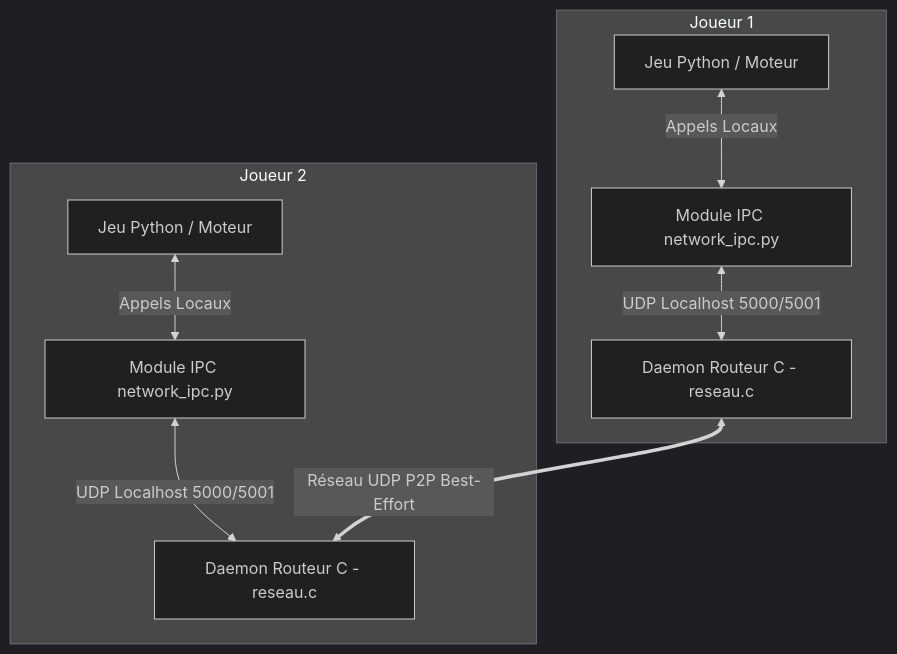
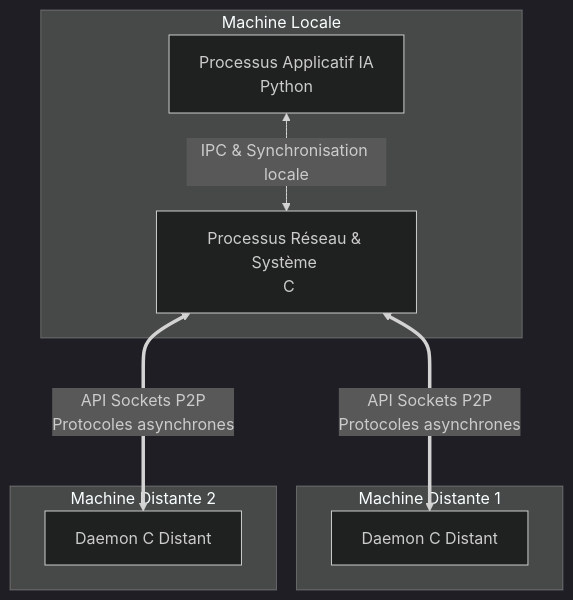
Before and after one commit to YOUSSEF4315/STI3A-Projet_reseaux_1: the first of 2 diagrams in README.md, drawn with Mermaid (dark theme). The commit also changed other lines of this file, not shown here.

Commit message:
docs: Rewrite README with system and network focus (Toinard)

````diff
--- a/README.md
+++ b/README.md
@@ -24,22 +20,20 @@
 ```mermaid
 graph TD
-    subgraph Machine A [Joueur 1]
-        PyA[Jeu Python / Moteur]
-        IPC_A[Module IPC network_ipc.py]
-        DaemonA[Daemon Routeur C - reseau.c]
-        
-        PyA <-->|Appels Locaux| IPC_A
-        IPC_A <-->|UDP Localhost 5000/5001| DaemonA
+    subgraph Machine Distante 1
+        DaemonDist1[Daemon C Distant]
+    end
+    
+    subgraph Machine Distante 2
+        DaemonDist2[Daemon C Distant]
     end
 
-    subgraph Machine B [Joueur 2]
-        PyB[Jeu Python / Moteur]
-        IPC_B[Module IPC network_ipc.py]
-        DaemonB[Daemon Routeur C - reseau.c]
+    subgraph Machine Locale
+        ProcPy[Processus Applicatif IA <br/> Python]
+        ProcC[Processus Réseau & Système <br/> C]
         
-        PyB <-->|Appels Locaux| IPC_B
-        IPC_B <-->|UDP Localhost 5000/5001| DaemonB
+        ProcPy <-->|IPC & Synchronisation locale| ProcC
     end
 
-    DaemonA <==>|Réseau UDP P2P Best-Effort| DaemonB
+    ProcC <===>|API Sockets P2P <br/> Protocoles asynchrones| DaemonDist1
+    ProcC <===>|API Sockets P2P <br/> Protocoles asynchrones| DaemonDist2
 ```
````
